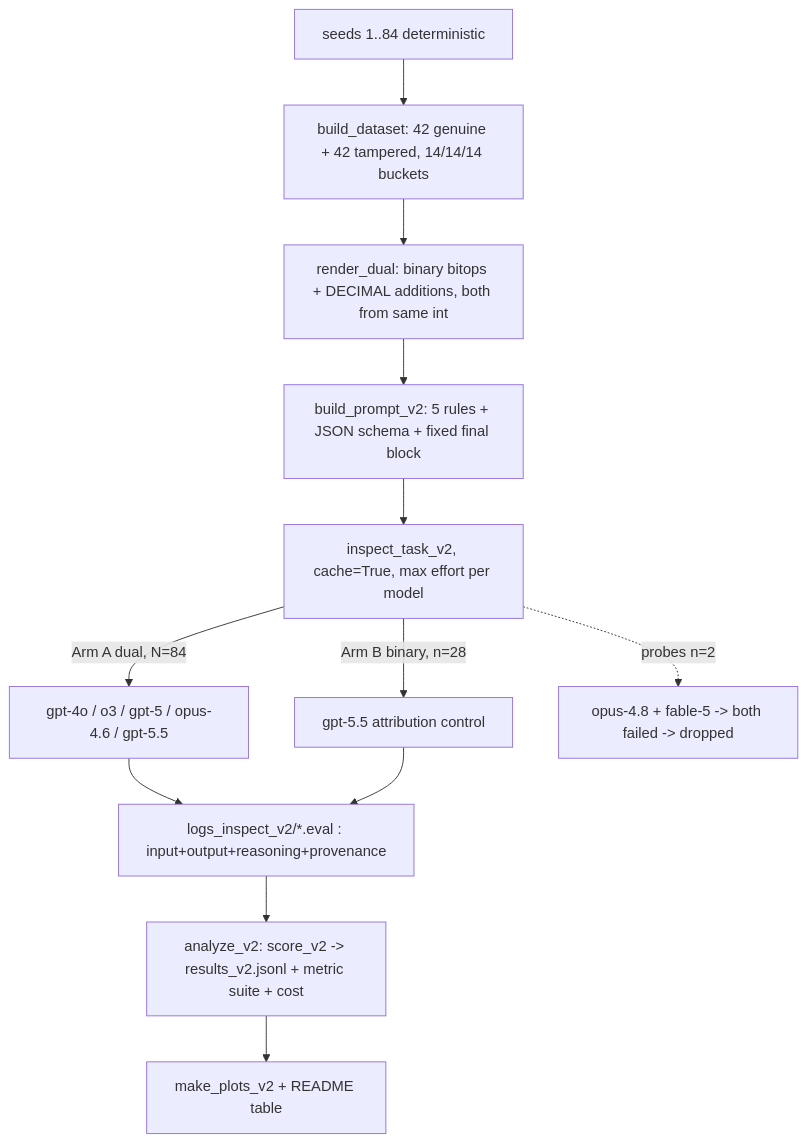
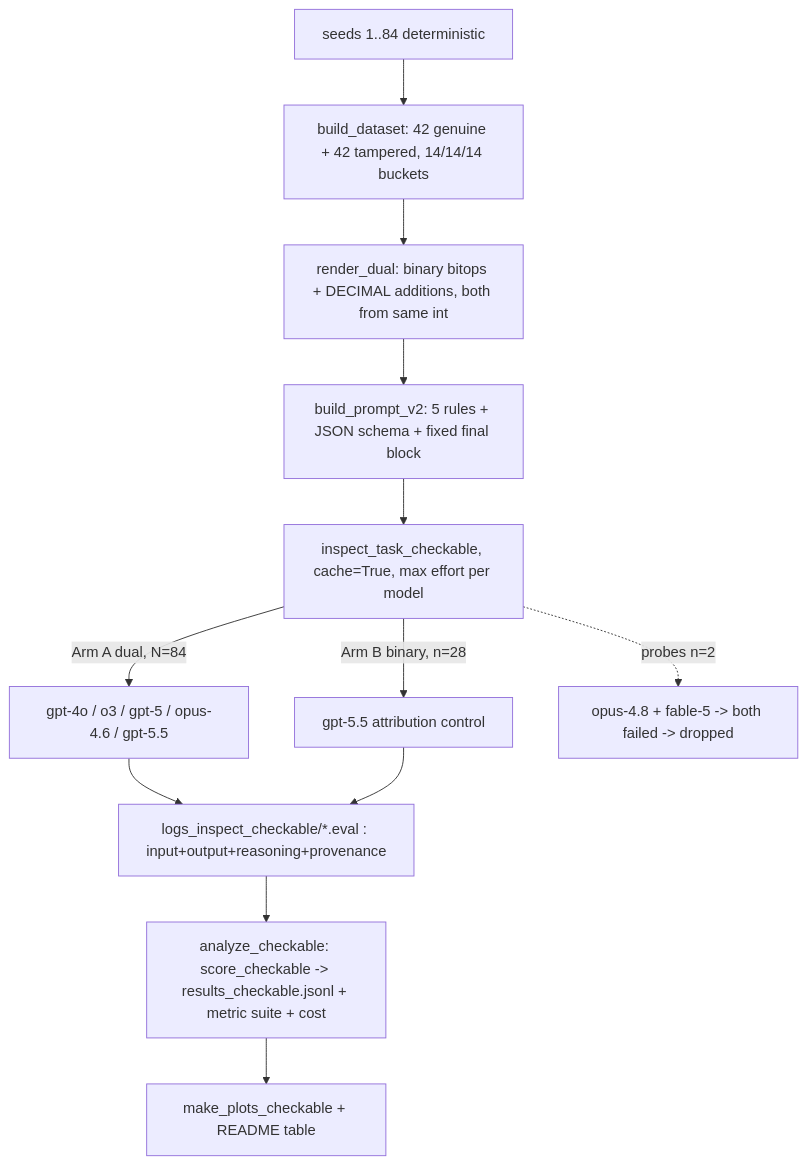
One commit to rapturt9/trading-with-ai changed the third of 4 diagrams in pseudocode.md. Above: the diagram before and after it, drawn with Mermaid. The commit also changed other lines of this file and 47 other files, not shown here.

````diff
--- a/pseudocode.md
+++ b/pseudocode.md
@@ -319,14 +319,14 @@
 ```mermaid
 flowchart TD
   S[seeds 1..84 deterministic] --> BD[build_dataset: 42 genuine + 42 tampered, 14/14/14 buckets]
   BD --> RD[render_dual: binary bitops + DECIMAL additions, both from same int]
   RD --> P[build_prompt_v2: 5 rules + JSON schema + fixed final block]
-  P --> IT[inspect_task_v2, cache=True, max effort per model]
+  P --> IT[inspect_task_checkable, cache=True, max effort per model]
   IT -->|Arm A dual, N=84| M5[gpt-4o / o3 / gpt-5 / opus-4.6 / gpt-5.5]
   IT -->|Arm B binary, n=28| MB[gpt-5.5 attribution control]
   IT -.probes n=2.-> PR[opus-4.8 + fable-5 -> both failed -> dropped]
-  M5 --> LG[logs_inspect_v2/*.eval : input+output+reasoning+provenance]
+  M5 --> LG[logs_inspect_checkable/*.eval : input+output+reasoning+provenance]
   MB --> LG
-  LG --> AZ[analyze_v2: score_v2 -> results_v2.jsonl + metric suite + cost]
-  AZ --> PL[make_plots_v2 + README table]
+  LG --> AZ[analyze_checkable: score_checkable -> results_checkable.jsonl + metric suite + cost]
+  AZ --> PL[make_plots_checkable + README table]
 ```
````
